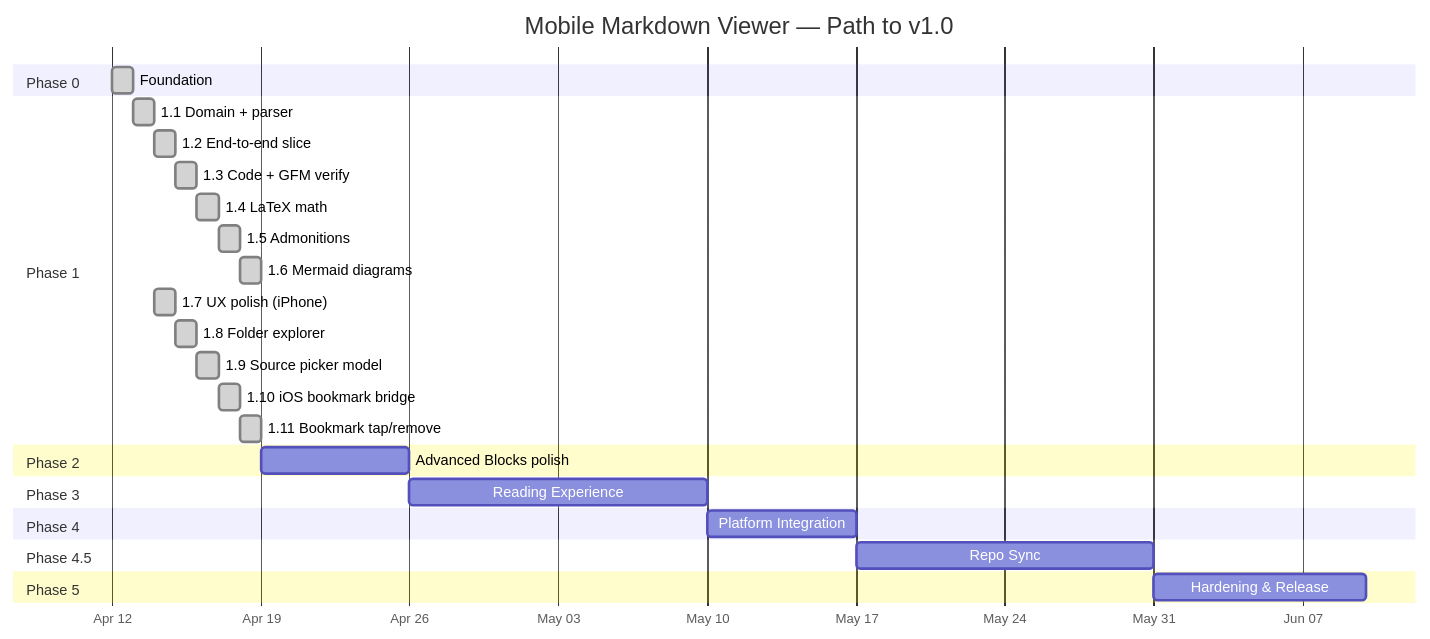
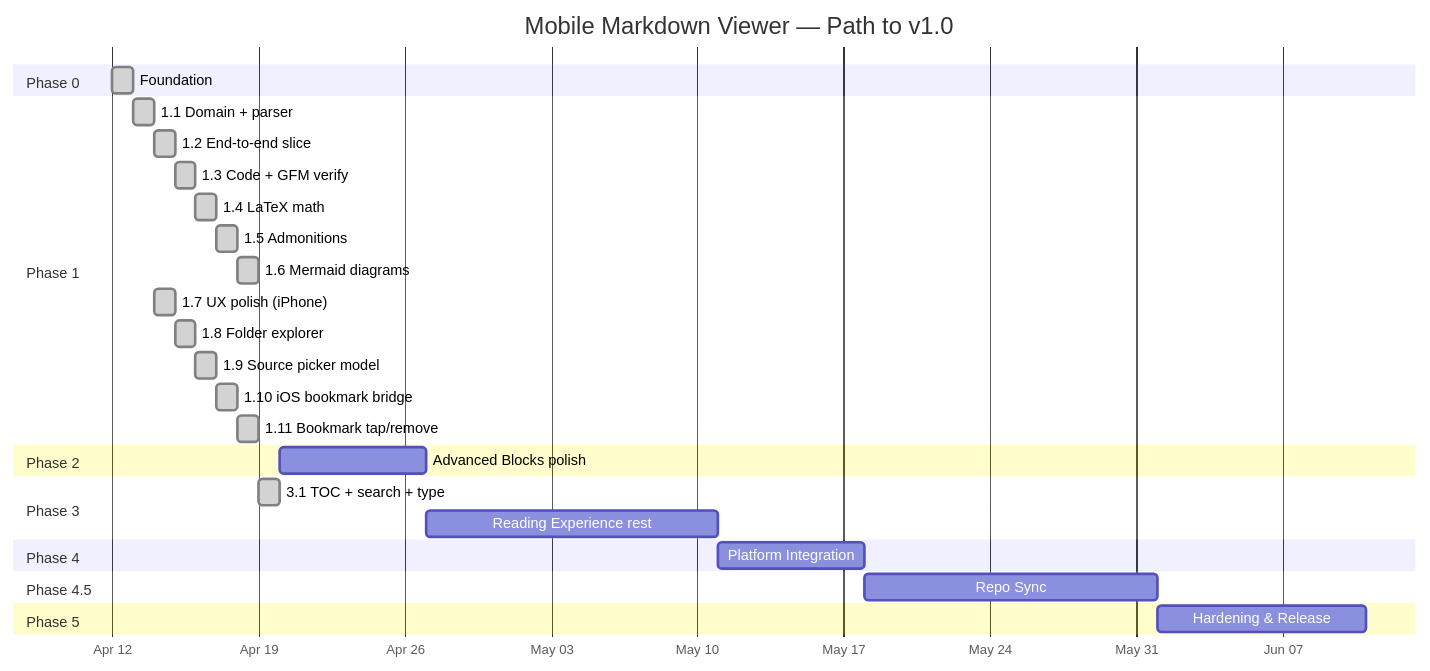
Before and after one commit to cemililik/markdown-viewer-mobile: the diagram in docs/roadmap.md, drawn with Mermaid. The commit also changed other lines of this file and 23 other files, not shown here.

````diff
--- a/docs/roadmap.md
+++ b/docs/roadmap.md
@@ -8,37 +8,38 @@
 ```mermaid
 gantt
     title Mobile Markdown Viewer — Path to v1.0
     dateFormat  YYYY-MM-DD
     axisFormat  %b %d
 
     section Phase 0
     Foundation               :done, p0, 2026-04-12, 1d
 
     section Phase 1
     1.1 Domain + parser      :done, p11, 2026-04-13, 1d
     1.2 End-to-end slice     :done, p12, after p11, 1d
     1.3 Code + GFM verify    :done, p13, after p12, 1d
     1.4 LaTeX math           :done, p14, after p13, 1d
     1.5 Admonitions          :done, p15, after p14, 1d
     1.6 Mermaid diagrams     :done, p16, after p15, 1d
     1.7 UX polish (iPhone)   :done, p17, 2026-04-14, 1d
     1.8 Folder explorer      :done, p18, after p17, 1d
     1.9 Source picker model  :done, p19, after p18, 1d
     1.10 iOS bookmark bridge :done, p110, after p19, 1d
     1.11 Bookmark tap/remove :done, p111, after p110, 1d
 
     section Phase 2
-    Advanced Blocks polish   :p2, after p111, 7d
+    Advanced Blocks polish   :p2, after p31, 7d
 
     section Phase 3
-    Reading Experience       :p3, after p2, 14d
+    3.1 TOC + search + type  :done, p31, after p111, 1d
+    Reading Experience rest  :p3, after p2, 14d
 
     section Phase 4
     Platform Integration     :p4, after p3, 7d
 
     section Phase 4.5
     Repo Sync                :p45, after p4, 14d
 
     section Phase 5
     Hardening & Release      :p5, after p45, 10d
 ```
````
